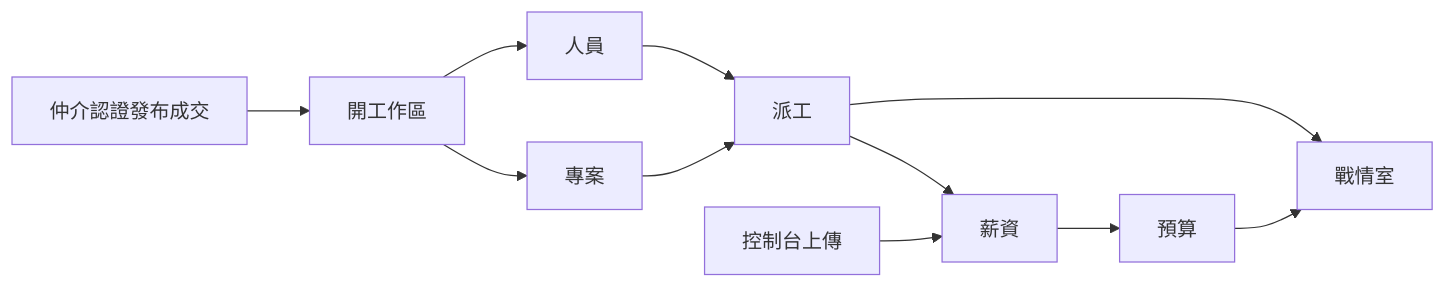
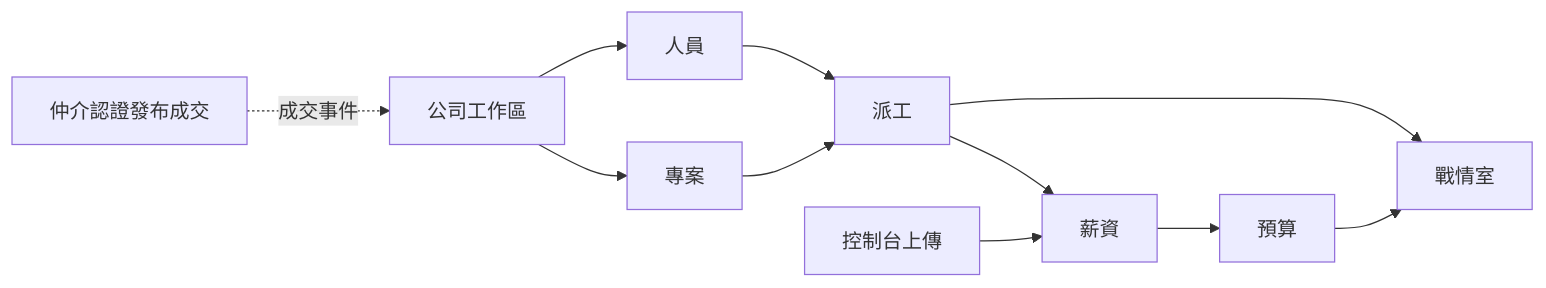
Before and after one commit to sjvann/AI_Project_Console: the diagram in docs/product/roadmap.md, drawn with Mermaid. The commit also changed other lines of this file and 31 other files, not shown here.

````diff
--- a/docs/product/roadmap.md
+++ b/docs/product/roadmap.md
@@ -71,13 +71,15 @@
 ```mermaid
 flowchart LR
-  Market[仲介認證發布成交] --> Ws[開工作區]
+  Market[仲介認證發布成交]
+  Ws[公司工作區]
+  Market -.->|成交事件| Ws
   Ws --> People[人員]
   Ws --> Clients[專案]
   People --> Dispatch[派工]
   Clients --> Dispatch
   Dispatch --> Payroll[薪資]
   ConsoleUp[控制台上傳] --> Payroll
   Payroll --> Budget[預算]
   Dispatch --> War[戰情室]
   Budget --> War
 ```
````
